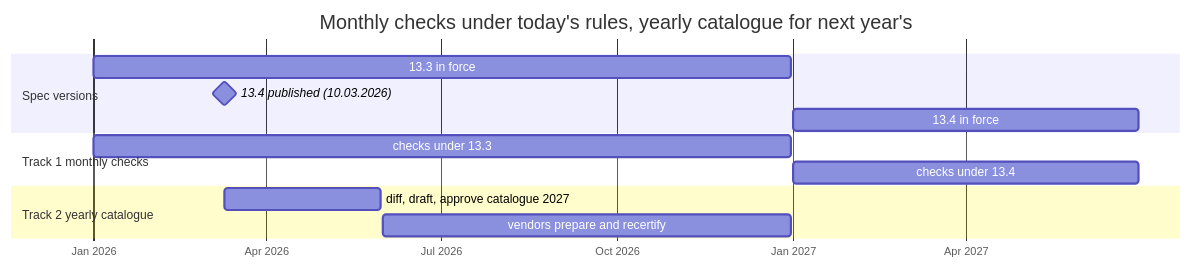
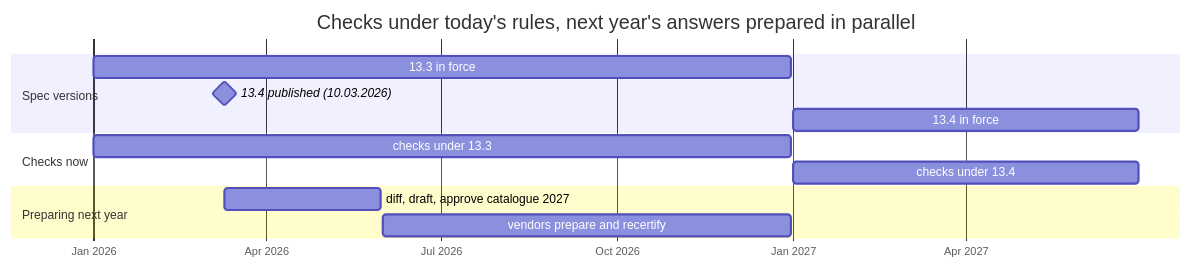
One commit to ahlemtr/ITSG-Futury-Build-day changed the diagram in plan/diagrams/10_lifecycle_tracks.md. Above: the diagram before and after it, drawn with Mermaid. The commit also changed other lines of this file and 10 other files, not shown here.

````diff
--- a/plan/diagrams/10_lifecycle_tracks.md
+++ b/plan/diagrams/10_lifecycle_tracks.md
@@ -3,16 +3,16 @@
 ```mermaid
 gantt
-    title Monthly checks under today's rules, yearly catalogue for next year's
+    title Checks under today's rules, next year's answers prepared in parallel
     dateFormat YYYY-MM-DD
     axisFormat %b %Y
     section Spec versions
     13.3 in force                    :a1, 2026-01-01, 2026-12-31
     13.4 published (10.03.2026)      :milestone, m1, 2026-03-10, 0d
     13.4 in force                    :a2, 2027-01-01, 2027-06-30
-    section Track 1 monthly checks
+    section Checks now
     checks under 13.3                :t1, 2026-01-01, 2026-12-31
     checks under 13.4                :t1b, 2027-01-01, 2027-06-30
-    section Track 2 yearly catalogue
+    section Preparing next year
     diff, draft, approve catalogue 2027 :t2, 2026-03-10, 2026-05-31
     vendors prepare and recertify    :t2b, 2026-06-01, 2026-12-31
 ```
````
